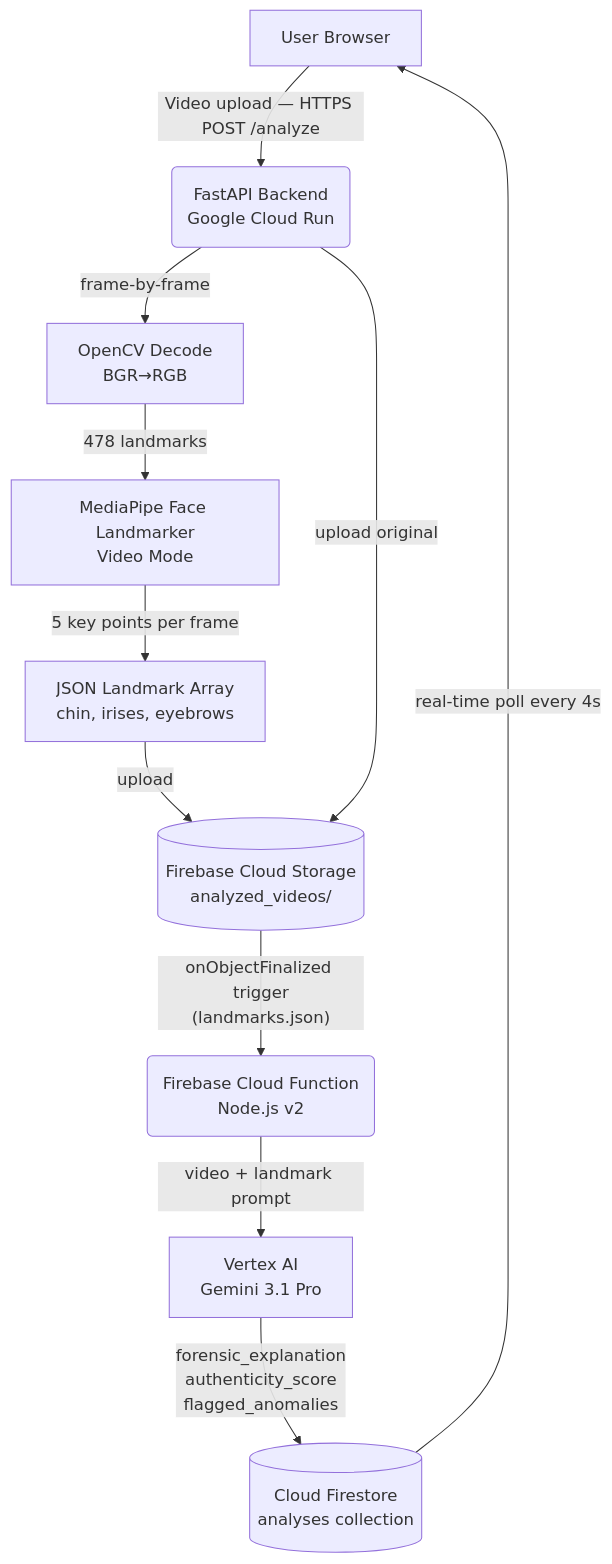
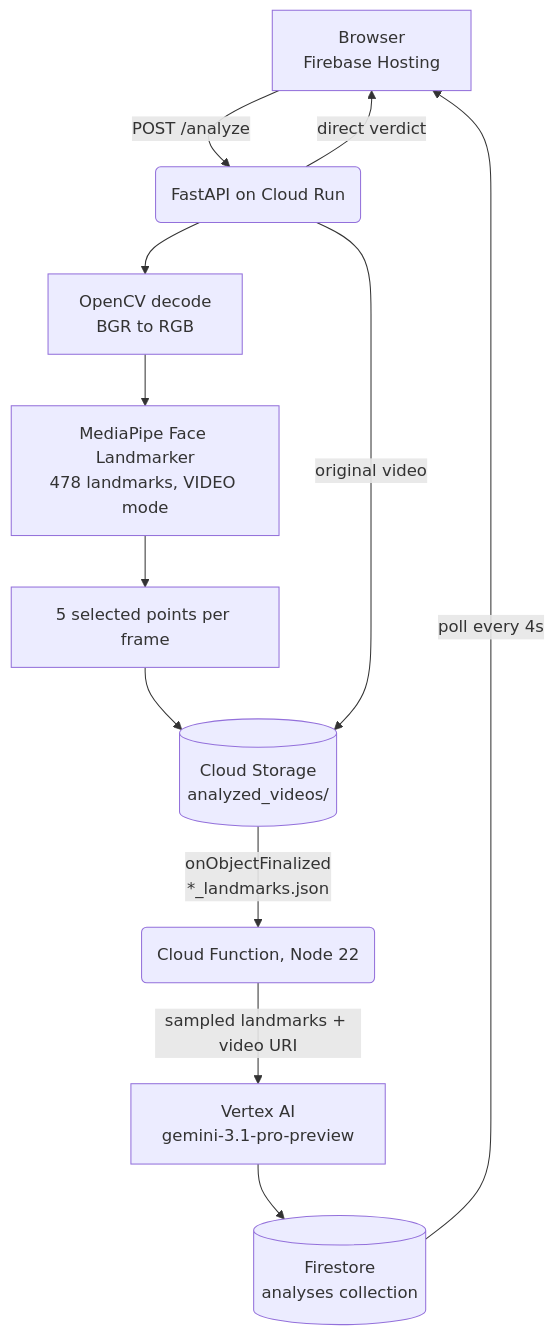
One commit to RiteeshTM/sensor-module changed the second of 2 diagrams in ARCHITECTURE.md. Above: the diagram before and after it, drawn with Mermaid. The commit also changed other lines of this file and 23 other files, not shown here.

First line of the commit message:
feat: real jitter chart, honest verdicts, and a rewritten setup guide

````diff
--- a/ARCHITECTURE.md
+++ b/ARCHITECTURE.md
@@ -11,13 +48,14 @@
 ```mermaid
 graph TD
-    A[User Browser] -->|"Video upload — HTTPS POST /analyze"| B(FastAPI Backend\nGoogle Cloud Run)
-    B -->|"frame-by-frame"| C[OpenCV Decode\nBGR→RGB]
-    C -->|"478 landmarks"| D[MediaPipe Face Landmarker\nVideo Mode]
-    D -->|"5 key points per frame"| E[JSON Landmark Array\n chin, irises, eyebrows]
-    E -->|upload| F[(Firebase Cloud Storage\nanalyzed_videos/)]
-    B -->|upload original| F
-    F -->|"onObjectFinalized trigger\n(landmarks.json)"| G(Firebase Cloud Function\nNode.js v2)
-    G -->|"video + landmark prompt"| H[Vertex AI\nGemini 3.1 Pro]
-    H -->|"forensic_explanation\nauthenticity_score\nflagged_anomalies"| I[(Cloud Firestore\nanalyses collection)]
-    I -->|"real-time poll every 4s"| A
+    A[Browser<br/>Firebase Hosting] -->|POST /analyze| B(FastAPI on Cloud Run)
+    B --> C[OpenCV decode<br/>BGR to RGB]
+    C --> D[MediaPipe Face Landmarker<br/>478 landmarks, VIDEO mode]
+    D --> E[5 selected points per frame]
+    E --> F[(Cloud Storage<br/>analyzed_videos/)]
+    B -->|original video| F
+    F -->|onObjectFinalized<br/>*_landmarks.json| G(Cloud Function, Node 22)
+    G -->|sampled landmarks + video URI| H[Vertex AI<br/>gemini-3.1-pro-preview]
+    H --> I[(Firestore<br/>analyses collection)]
+    I -->|poll every 4s| A
+    B -->|direct verdict| A
 ```
````
